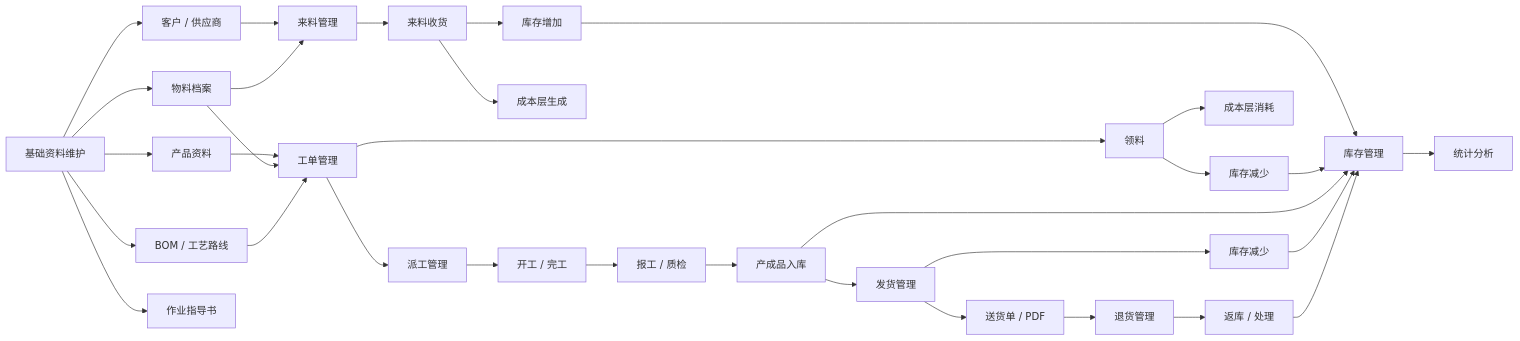
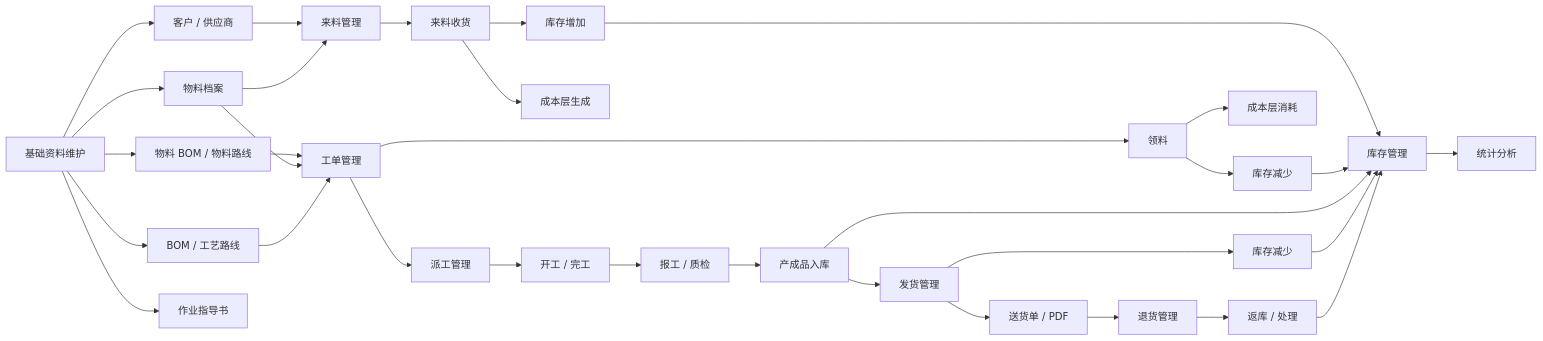
The second of 7 diagrams in docs/minierp/当前系统建模与结构审查.md (goldf2/mes-lite), drawn with Mermaid before and after one commit. The commit also changed other lines of this file and 40 other files, not shown here.

````diff
--- a/docs/minierp/当前系统建模与结构审查.md
+++ b/docs/minierp/当前系统建模与结构审查.md
@@ -92,41 +92,41 @@
 ```mermaid
 flowchart LR
   A["基础资料维护"] --> B["物料档案"]
   A --> C["客户 / 供应商"]
-  A --> D["产品资料"]
+  A --> D["物料 BOM / 物料路线"]
   A --> E["BOM / 工艺路线"]
   A --> F["作业指导书"]
 
   C --> G["来料管理"]
   B --> G
   G --> H["来料收货"]
   H --> I["库存增加"]
   H --> J["成本层生成"]
 
   D --> K["工单管理"]
   B --> K
   E --> K
   K --> L["领料"]
   L --> M["库存减少"]
   L --> N["成本层消耗"]
 
   K --> O["派工管理"]
   O --> P["开工 / 完工"]
   P --> Q["报工 / 质检"]
   Q --> R["产成品入库"]
 
   R --> S["发货管理"]
   S --> T["送货单 / PDF"]
   S --> U["库存减少"]
 
   T --> V["退货管理"]
   V --> W["返库 / 处理"]
 
   I --> X["库存管理"]
   M --> X
   R --> X
   U --> X
   W --> X
 
   X --> Y["统计分析"]
 ```
````
